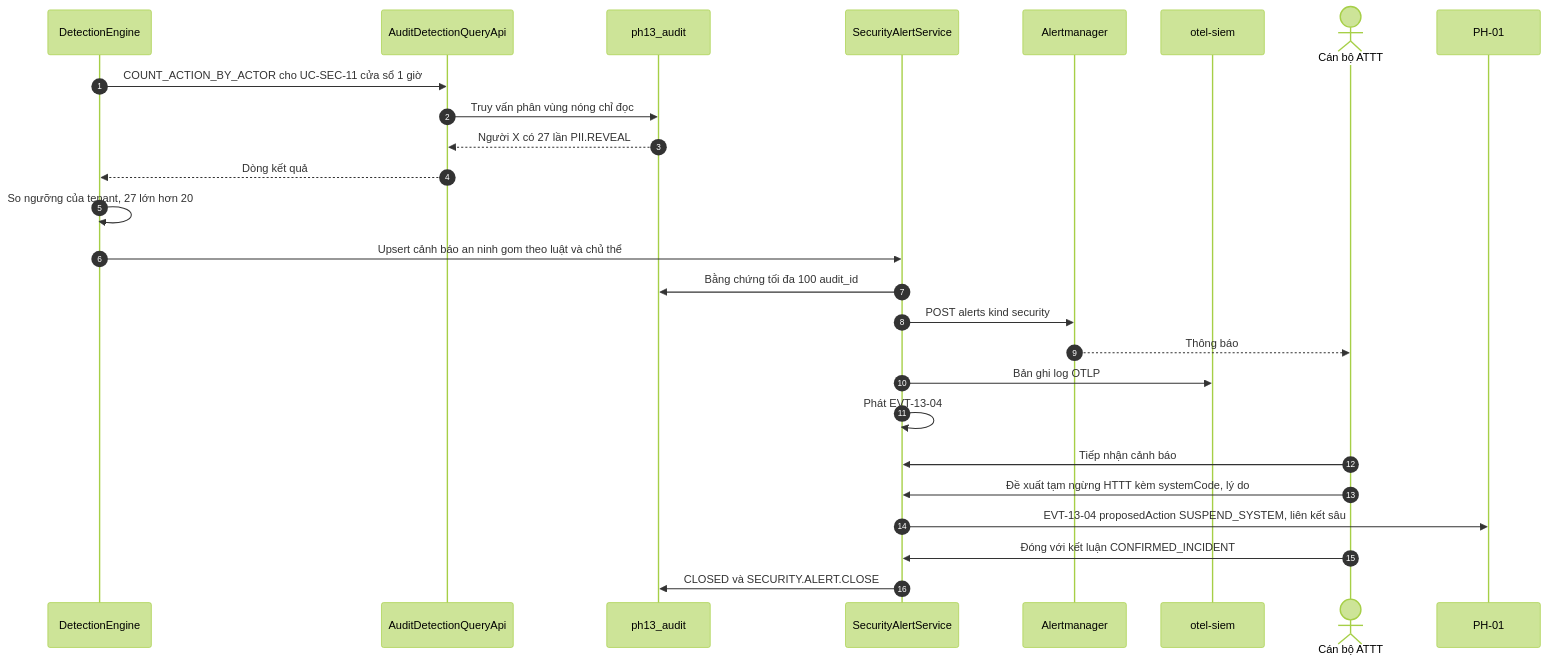
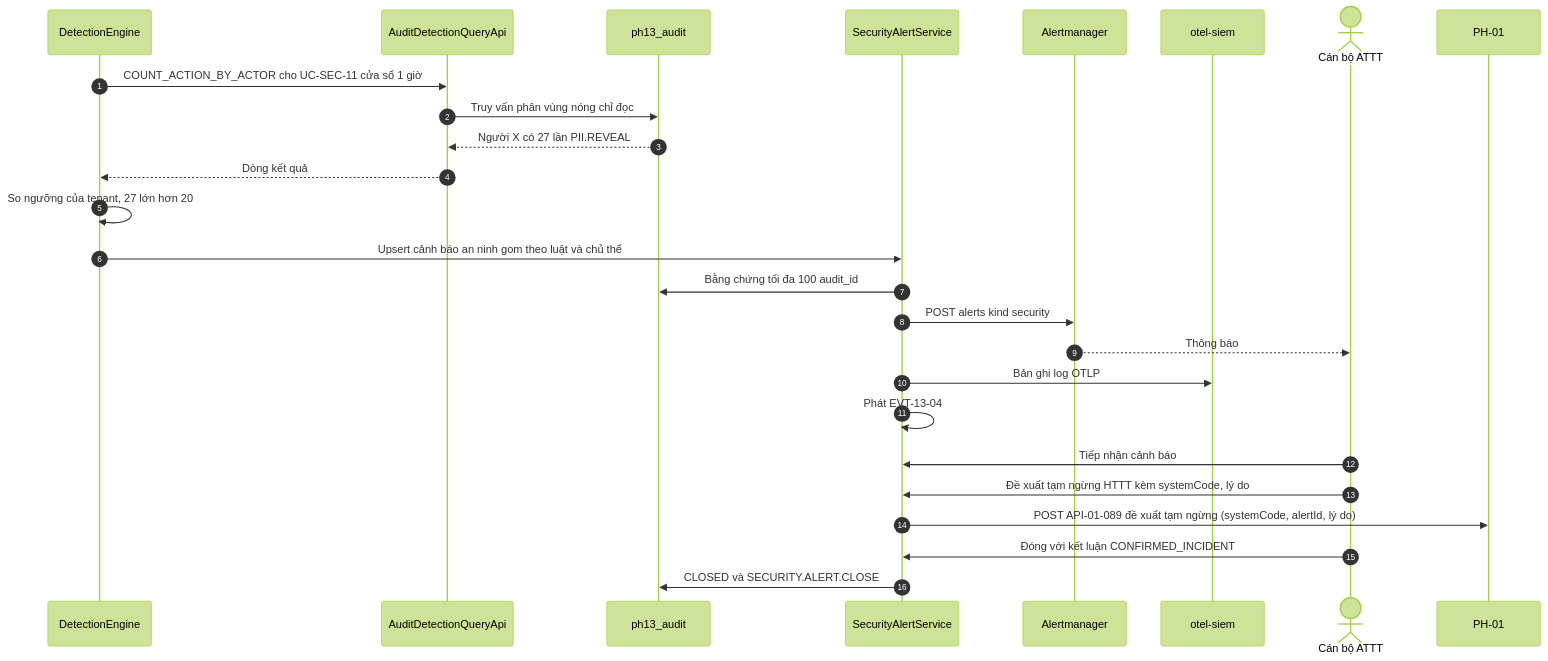
Before and after one commit to caprocute/DATAHUB: diagram 13 of 14 in datahub-docs/03-thiet-ke/sdd/D03-02-PH13-sdd-giam-sat-kiem-toan.md, drawn with Mermaid (forest theme). The commit also changed other lines of this file and 51 other files, not shown here.

````diff
--- a/datahub-docs/03-thiet-ke/sdd/D03-02-PH13-sdd-giam-sat-kiem-toan.md
+++ b/datahub-docs/03-thiet-ke/sdd/D03-02-PH13-sdd-giam-sat-kiem-toan.md
@@ -1810,28 +1810,28 @@
 ```{.mermaid caption="Phát hiện bất thường từ bản ghi kiểm toán và đề xuất tạm ngừng HTTT (FR-13-052, 053)"}
 sequenceDiagram
   autonumber
   participant EN as DetectionEngine
   participant AQ as AuditDetectionQueryApi
   participant PG as ph13_audit
   participant SA as SecurityAlertService
   participant AM as Alertmanager
   participant SI as otel-siem
   actor SO as Cán bộ ATTT
   participant P01 as PH-01
   EN->>AQ: COUNT_ACTION_BY_ACTOR cho UC-SEC-11 cửa sổ 1 giờ
   AQ->>PG: Truy vấn phân vùng nóng chỉ đọc
   PG-->>AQ: Người X có 27 lần PII.REVEAL
   AQ-->>EN: Dòng kết quả
   EN->>EN: So ngưỡng của tenant, 27 lớn hơn 20
   EN->>SA: Upsert cảnh báo an ninh gom theo luật và chủ thể
   SA->>PG: Bằng chứng tối đa 100 audit_id
   SA->>AM: POST alerts kind security
   AM-->>SO: Thông báo
   SA->>SI: Bản ghi log OTLP
   SA->>SA: Phát EVT-13-04
   SO->>SA: Tiếp nhận cảnh báo
   SO->>SA: Đề xuất tạm ngừng HTTT kèm systemCode, lý do
-  SA->>P01: EVT-13-04 proposedAction SUSPEND_SYSTEM, liên kết sâu
+  SA->>P01: POST API-01-089 đề xuất tạm ngừng (systemCode, alertId, lý do)
   SO->>SA: Đóng với kết luận CONFIRMED_INCIDENT
   SA->>PG: CLOSED và SECURITY.ALERT.CLOSE
 ```
````
